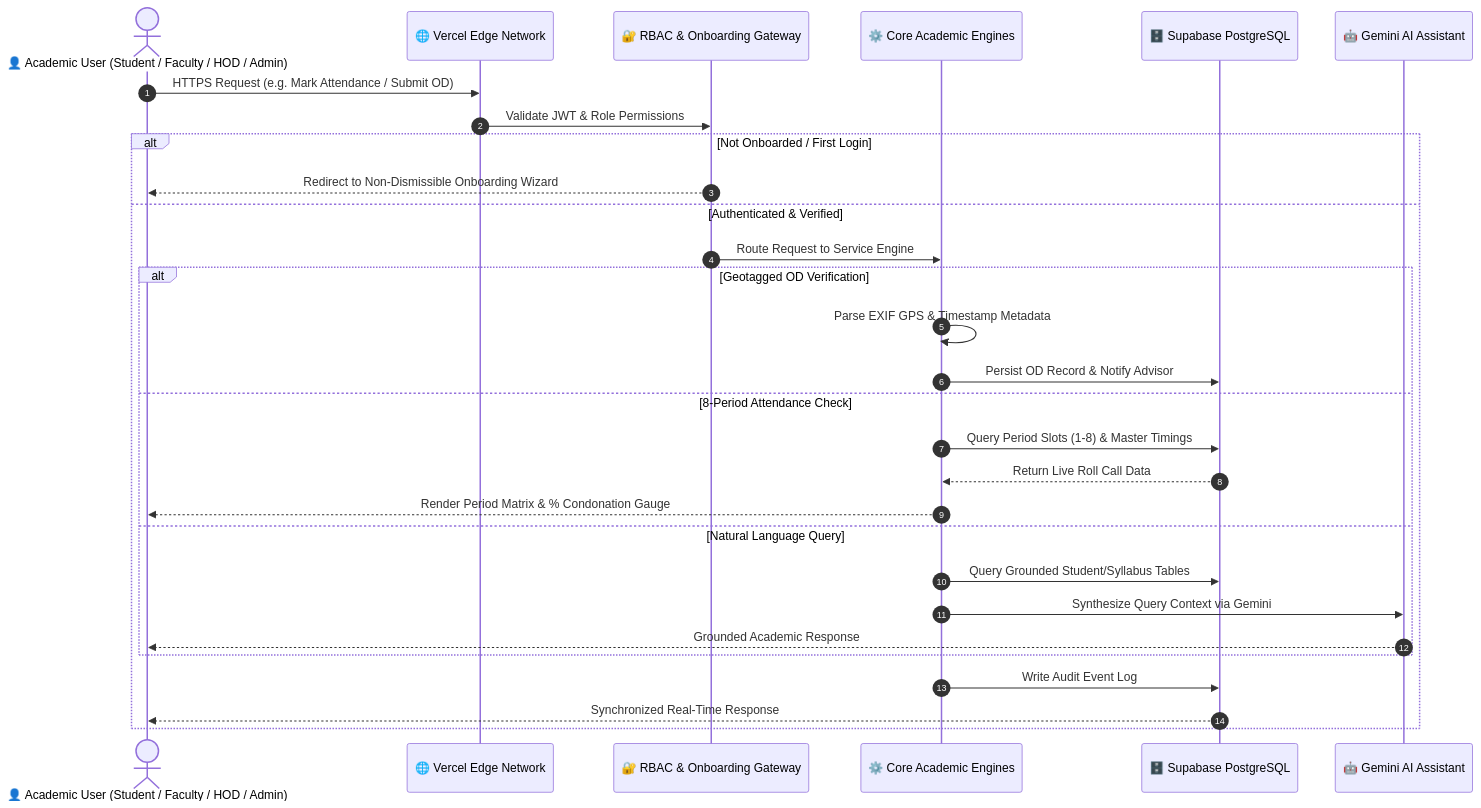
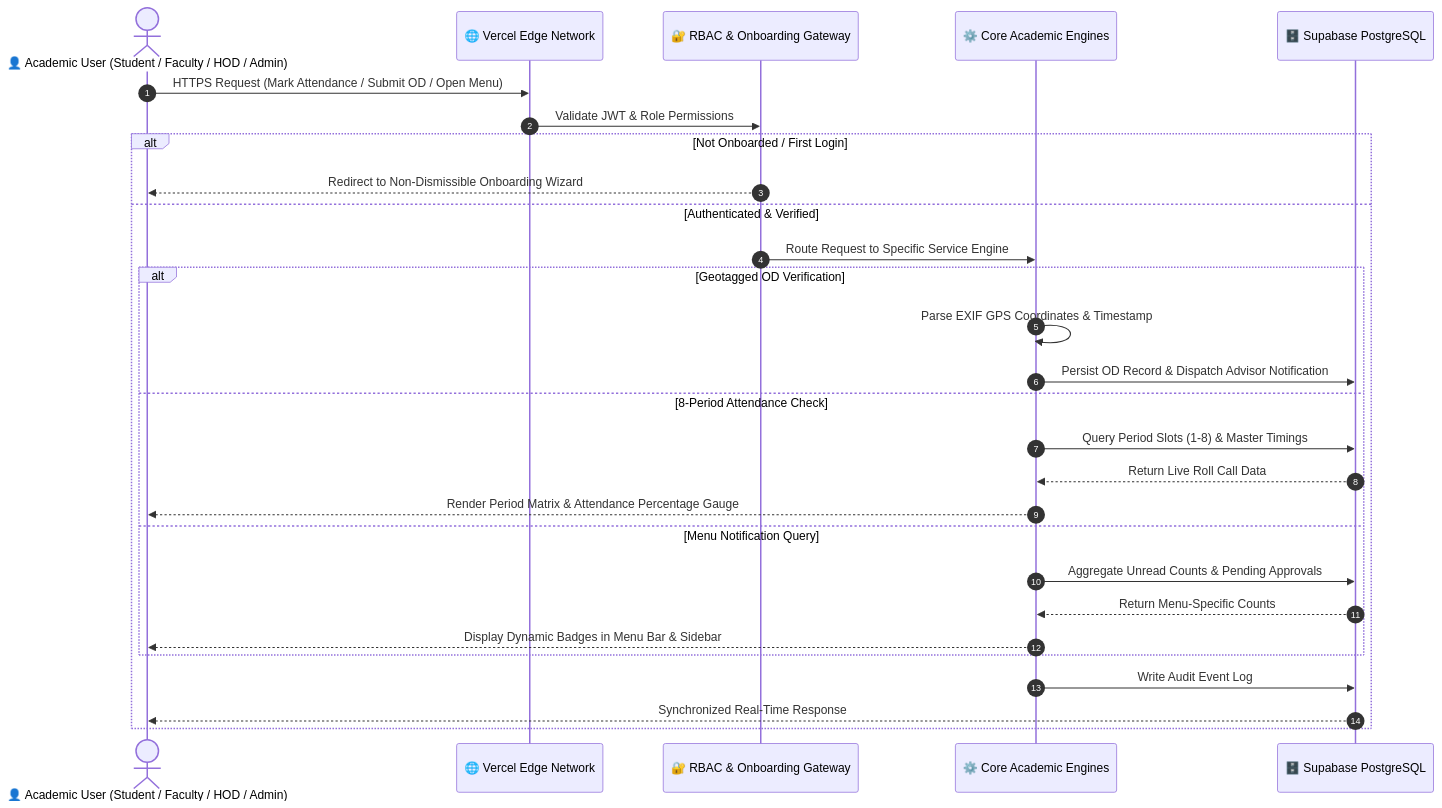
Before and after one commit to logeshwaran2097-hue/AIDS-Digital-Portal: the diagram in README.md, drawn with Mermaid. The commit also changed other lines of this file and 2 other files, not shown here.

Commit message:
feat: show menu notification counts in menu bar and modernize animated README

````diff
--- a/README.md
+++ b/README.md
@@ -194,32 +193,31 @@
 ```mermaid
 sequenceDiagram
     autonumber
     actor User as 👤 Academic User (Student / Faculty / HOD / Admin)
     participant Edge as 🌐 Vercel Edge Network
     participant Guard as 🔐 RBAC & Onboarding Gateway
     participant Engine as ⚙️ Core Academic Engines
     participant DB as 🗄️ Supabase PostgreSQL
-    participant AI as 🤖 Gemini AI Assistant
 
-    User->>Edge: HTTPS Request (e.g. Mark Attendance / Submit OD)
+    User->>Edge: HTTPS Request (Mark Attendance / Submit OD / Open Menu)
     Edge->>Guard: Validate JWT & Role Permissions
     alt Not Onboarded / First Login
         Guard-->>User: Redirect to Non-Dismissible Onboarding Wizard
     else Authenticated & Verified
-        Guard->>Engine: Route Request to Service Engine
+        Guard->>Engine: Route Request to Specific Service Engine
         alt Geotagged OD Verification
-            Engine->>Engine: Parse EXIF GPS & Timestamp Metadata
-            Engine->>DB: Persist OD Record & Notify Advisor
+            Engine->>Engine: Parse EXIF GPS Coordinates & Timestamp
+            Engine->>DB: Persist OD Record & Dispatch Advisor Notification
         else 8-Period Attendance Check
             Engine->>DB: Query Period Slots (1-8) & Master Timings
             DB-->>Engine: Return Live Roll Call Data
-            Engine-->>User: Render Period Matrix & % Condonation Gauge
-        else Natural Language Query
-            Engine->>DB: Query Grounded Student/Syllabus Tables
-            Engine->>AI: Synthesize Query Context via Gemini
-            AI-->>User: Grounded Academic Response
+            Engine-->>User: Render Period Matrix & Attendance Percentage Gauge
+        else Menu Notification Query
+            Engine->>DB: Aggregate Unread Counts & Pending Approvals
+            DB-->>Engine: Return Menu-Specific Counts
+            Engine-->>User: Display Dynamic Badges in Menu Bar & Sidebar
         end
         Engine->>DB: Write Audit Event Log
         DB-->>User: Synchronized Real-Time Response
     end
 ```
````
